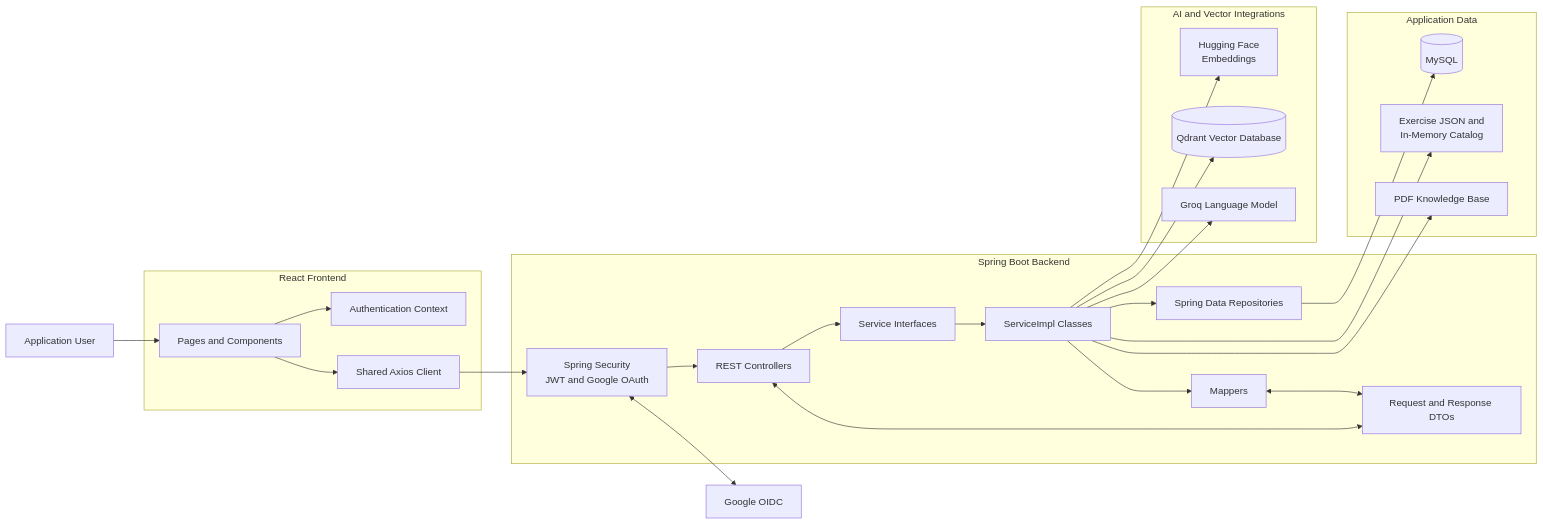
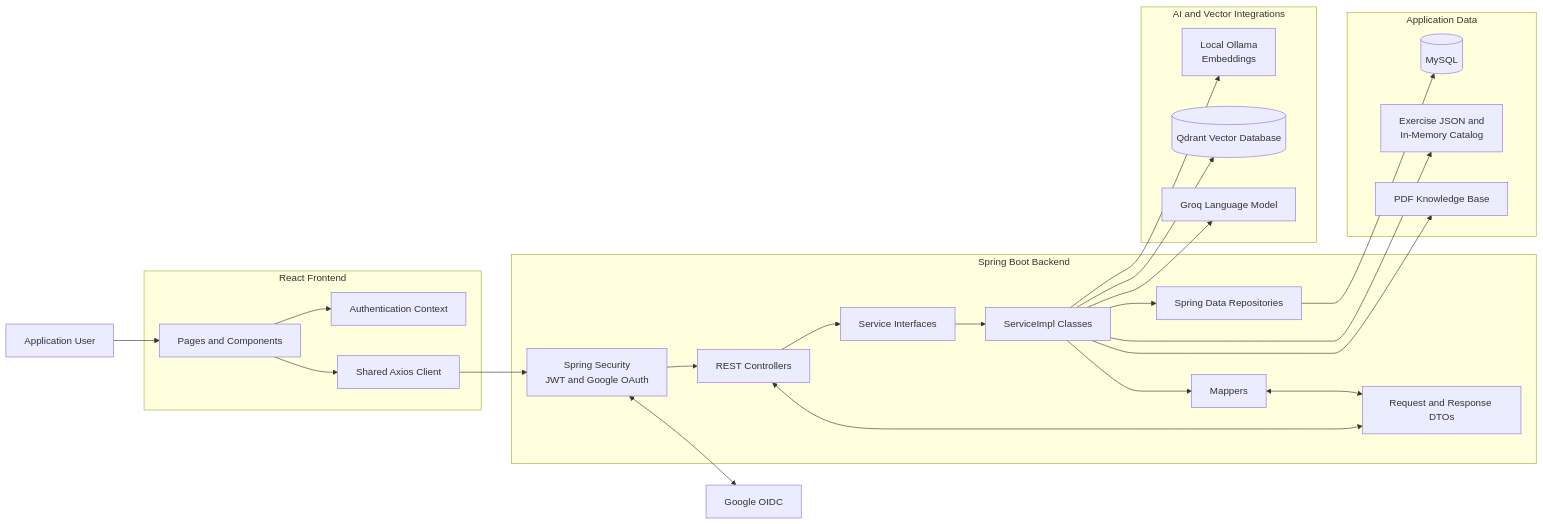
Before and after one commit to robinsingh1309/GYM-Management-System: the second of 2 diagrams in docs/ERD diagram.md, drawn with Mermaid. The commit also changed 1 other file, not shown here.

Commit message:
docs: document local Ollama embedding setup

````diff
--- a/docs/ERD diagram.md
+++ b/docs/ERD diagram.md
@@ -106,58 +106,58 @@
 ```mermaid
 flowchart LR
     User["Application User"]
 
     subgraph Frontend["React Frontend"]
         UI["Pages and Components"]
         AuthState["Authentication Context"]
         APIClient["Shared Axios Client"]
     end
 
     subgraph Backend["Spring Boot Backend"]
         Security["Spring Security<br/>JWT and Google OAuth"]
         Controllers["REST Controllers"]
         DTOs["Request and Response DTOs"]
         Services["Service Interfaces"]
         Implementations["ServiceImpl Classes"]
         Mapper["Mappers"]
         Repositories["Spring Data Repositories"]
     end
 
     subgraph ApplicationData["Application Data"]
         MySQL[("MySQL")]
         ExerciseData["Exercise JSON and<br/>In-Memory Catalog"]
         PDFs["PDF Knowledge Base"]
     end
 
     subgraph AIIntegrations["AI and Vector Integrations"]
-        HuggingFace["Hugging Face<br/>Embeddings"]
+        Ollama["Local Ollama<br/>Embeddings"]
         Qdrant[("Qdrant Vector Database")]
         Groq["Groq Language Model"]
     end
 
     Google["Google OIDC"]
 
     User --> UI
     UI --> AuthState
     UI --> APIClient
 
     APIClient --> Security
     Security --> Controllers
     Security <--> Google
 
     Controllers <--> DTOs
     Controllers --> Services
     Services --> Implementations
 
     Implementations --> Mapper
     Mapper <--> DTOs
 
     Implementations --> Repositories
     Repositories --> MySQL
 
     Implementations --> ExerciseData
     Implementations --> PDFs
-    Implementations --> HuggingFace
+    Implementations --> Ollama
     Implementations --> Qdrant
     Implementations --> Groq
 ```
````
